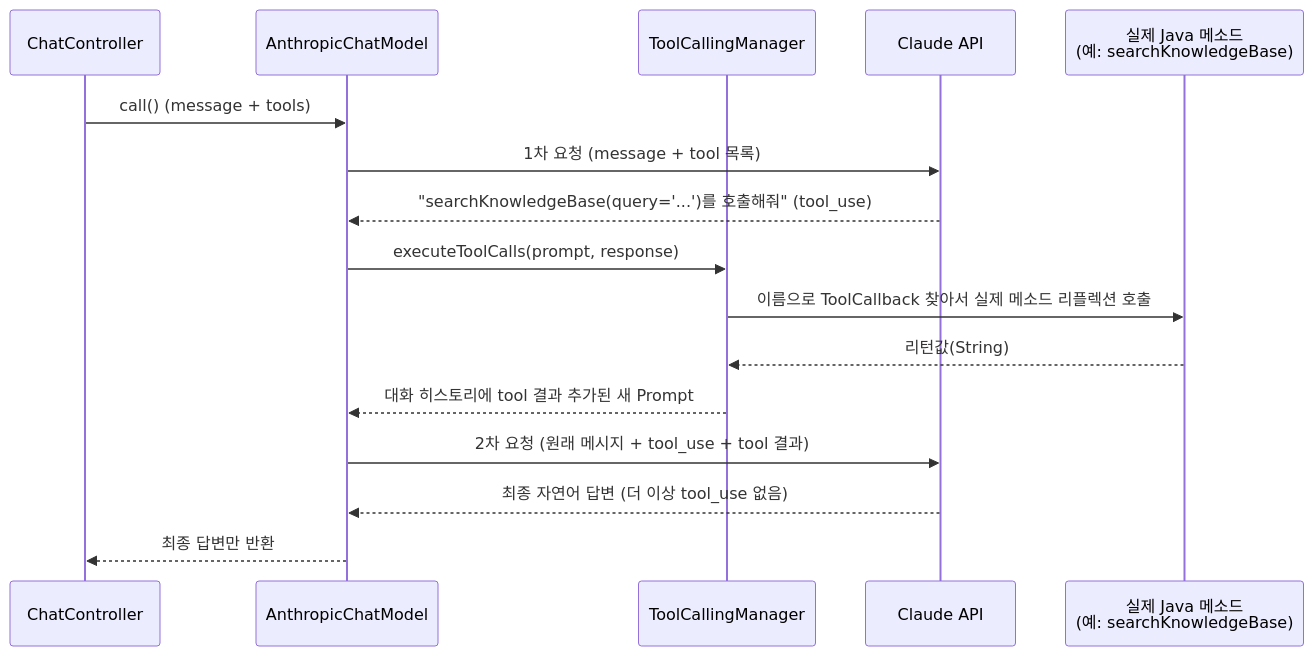
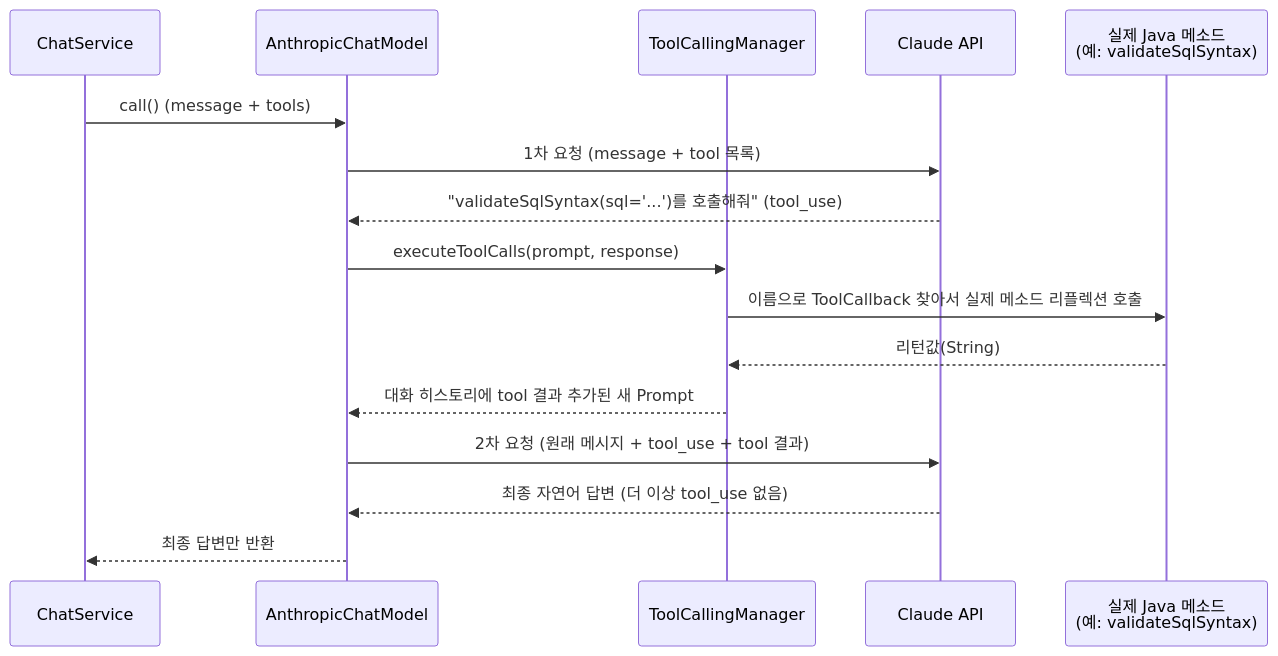
Diagram 11 of 16 in docs/09.dstone-ai-engine.md (YongSoekChoeng/dstone), drawn with Mermaid before and after one commit. The commit also changed other lines of this file and 12 other files, not shown here.

````diff
--- a/docs/09.dstone-ai-engine.md
+++ b/docs/09.dstone-ai-engine.md
@@ -401,19 +443,19 @@
 ```mermaid
 sequenceDiagram
-    participant Ctrl as ChatController
+    participant Svc as ChatService
     participant CM as AnthropicChatModel
     participant TCM as ToolCallingManager
     participant Claude as Claude API
-    participant Method as 실제 Java 메소드<br/>(예: searchKnowledgeBase)
+    participant Method as 실제 Java 메소드<br/>(예: validateSqlSyntax)
 
-    Ctrl->>CM: call() (message + tools)
+    Svc->>CM: call() (message + tools)
     CM->>Claude: 1차 요청 (message + tool 목록)
-    Claude-->>CM: "searchKnowledgeBase(query='...')를 호출해줘" (tool_use)
+    Claude-->>CM: "validateSqlSyntax(sql='...')를 호출해줘" (tool_use)
     CM->>TCM: executeToolCalls(prompt, response)
     TCM->>Method: 이름으로 ToolCallback 찾아서 실제 메소드 리플렉션 호출
     Method-->>TCM: 리턴값(String)
     TCM-->>CM: 대화 히스토리에 tool 결과 추가된 새 Prompt
     CM->>Claude: 2차 요청 (원래 메시지 + tool_use + tool 결과)
     Claude-->>CM: 최종 자연어 답변 (더 이상 tool_use 없음)
-    CM-->>Ctrl: 최종 답변만 반환
+    CM-->>Svc: 최종 답변만 반환
 ```
````
